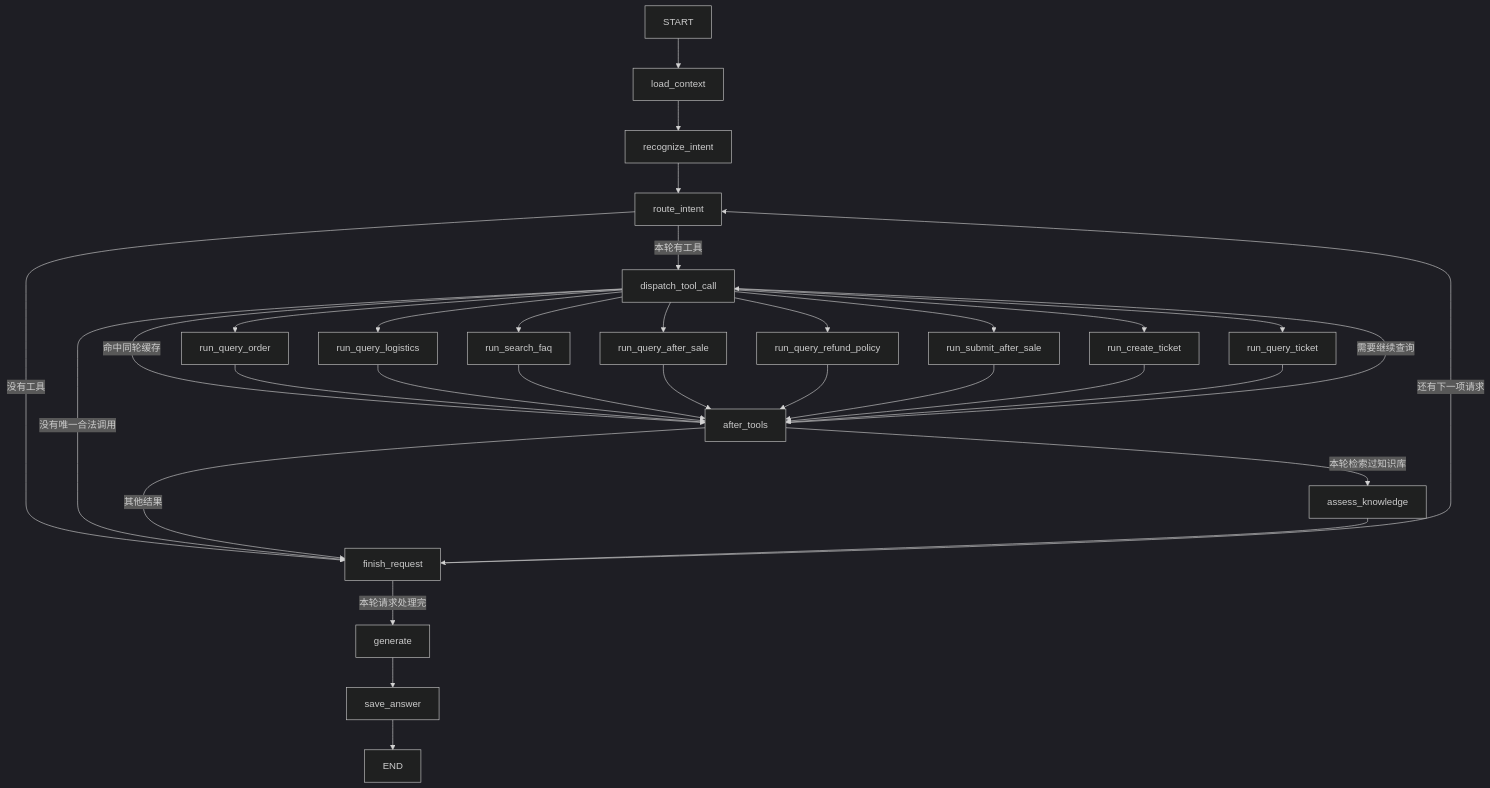
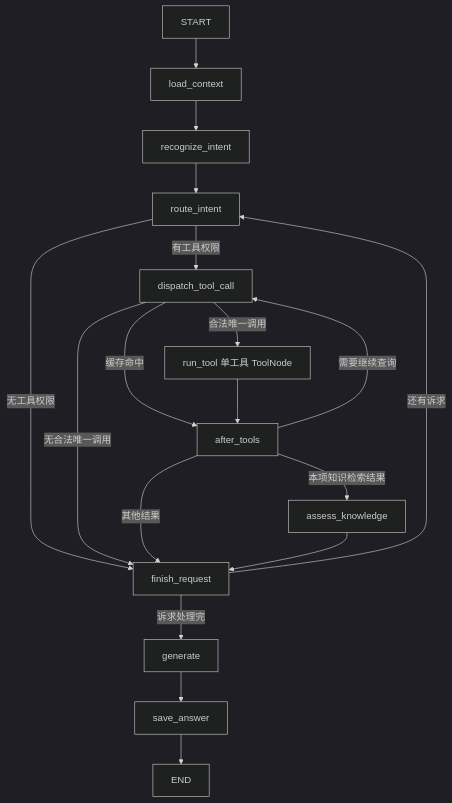
Before and after one commit to Tindalos-ik/Aiden: the diagram in docs/Agent实现详解.md, drawn with Mermaid (dark theme). The commit also changed other lines of this file and 13 other files, not shown here.

````diff
--- a/docs/Agent实现详解.md
+++ b/docs/Agent实现详解.md
@@ -91,34 +42,20 @@
 ```mermaid
 graph TD
-    begin["START"] --> load_context["load_context"]
-    load_context --> recognize_intent["recognize_intent"]
-    recognize_intent --> route_intent["route_intent"]
-    route_intent -->|本轮有工具| dispatch_tool_call["dispatch_tool_call"]
-    route_intent -->|没有工具| finish_request["finish_request"]
-    dispatch_tool_call --> run_query_order["run_query_order"]
-    dispatch_tool_call --> run_query_logistics["run_query_logistics"]
-    dispatch_tool_call --> run_search_faq["run_search_faq"]
-    dispatch_tool_call --> run_query_after_sale["run_query_after_sale"]
-    dispatch_tool_call --> run_query_refund_policy["run_query_refund_policy"]
-    dispatch_tool_call --> run_submit_after_sale["run_submit_after_sale"]
-    dispatch_tool_call --> run_create_ticket["run_create_ticket"]
-    dispatch_tool_call --> run_query_ticket["run_query_ticket"]
-    dispatch_tool_call -->|命中同轮缓存| after_tools["after_tools"]
-    dispatch_tool_call -->|没有唯一合法调用| finish_request
-    run_query_order --> after_tools
-    run_query_logistics --> after_tools
-    run_search_faq --> after_tools
-    run_query_after_sale --> after_tools
-    run_query_refund_policy --> after_tools
-    run_submit_after_sale --> after_tools
-    run_create_ticket --> after_tools
-    run_query_ticket --> after_tools
-    after_tools -->|需要继续查询| dispatch_tool_call
-    after_tools -->|本轮检索过知识库| assess_knowledge["assess_knowledge"]
-    after_tools -->|其他结果| finish_request
-    assess_knowledge --> finish_request
-    finish_request -->|还有下一项请求| route_intent
-    finish_request -->|本轮请求处理完| generate["generate"]
-    generate --> save_answer["save_answer"]
-    save_answer --> finish["END"]
+    start["START"] --> load["load_context"]
+    load --> recognize["recognize_intent"]
+    recognize --> route["route_intent"]
+    route -->|有工具权限| dispatch["dispatch_tool_call"]
+    route -->|无工具权限| finish["finish_request"]
+    dispatch -->|合法唯一调用| run["run_tool 单工具 ToolNode"]
+    dispatch -->|缓存命中| after["after_tools"]
+    dispatch -->|无合法唯一调用| finish
+    run --> after
+    after -->|需要继续查询| dispatch
+    after -->|本项知识检索结果| assess["assess_knowledge"]
+    after -->|其他结果| finish
+    assess --> finish
+    finish -->|还有诉求| route
+    finish -->|诉求处理完| generate["generate"]
+    generate --> save["save_answer"]
+    save --> done["END"]
 ```
````
